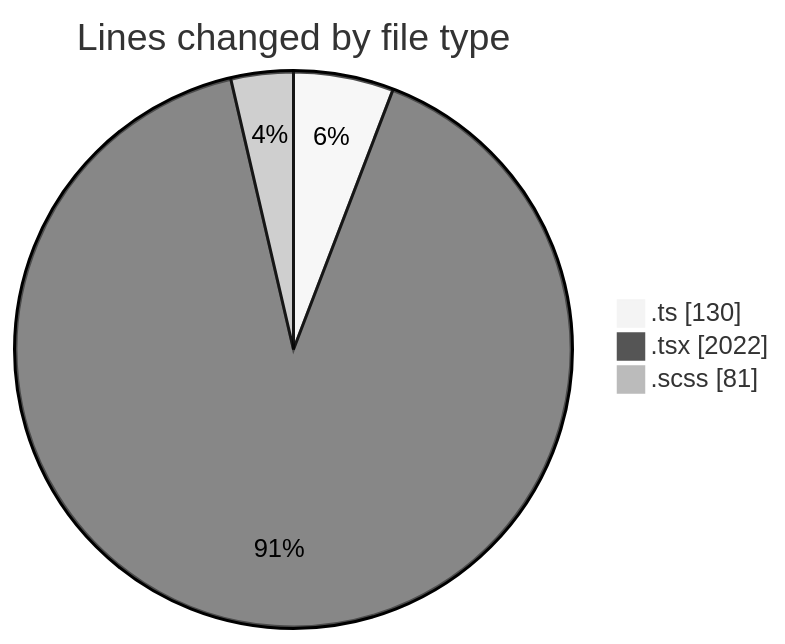
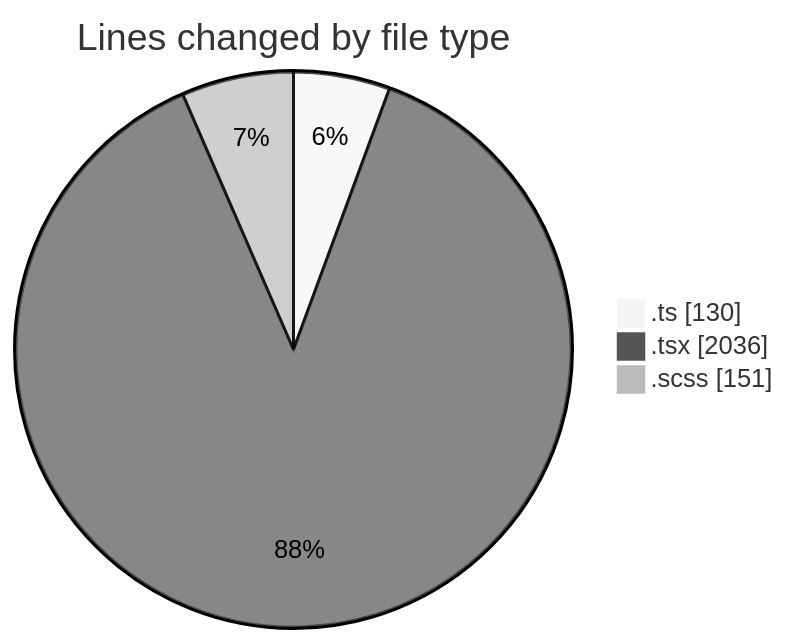
One commit to momahboobian/code-tracking changed the first of 2 diagrams in 2026-11-05/cda/README.md. Above: the diagram before and after it, drawn with Mermaid (neutral theme). The commit also changed other lines of this file and 1 other file, not shown here.

````diff
--- a/2026-11-05/cda/README.md
+++ b/2026-11-05/cda/README.md
@@ -28,7 +29,7 @@
 ```mermaid
 pie showData
 title Lines changed by file type
 ".ts" : 130
-".tsx" : 2022
-".scss" : 81
+".tsx" : 2036
+".scss" : 151
 ```
````
